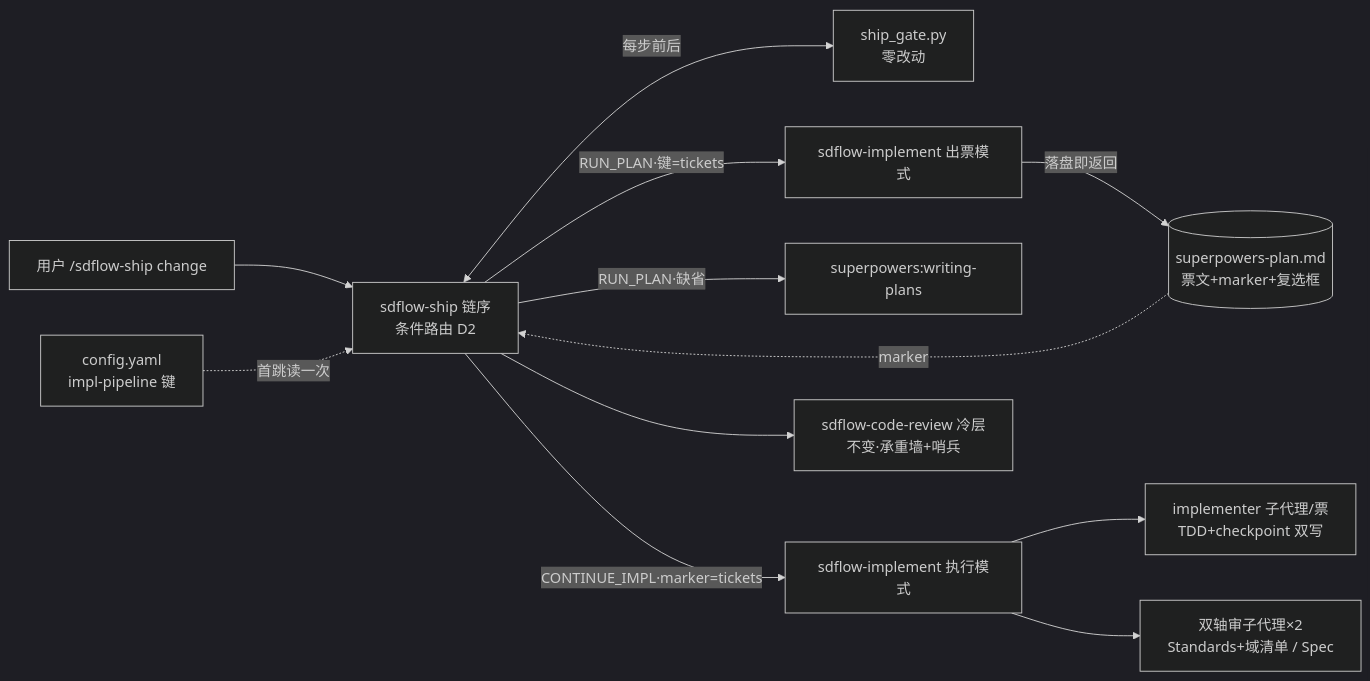
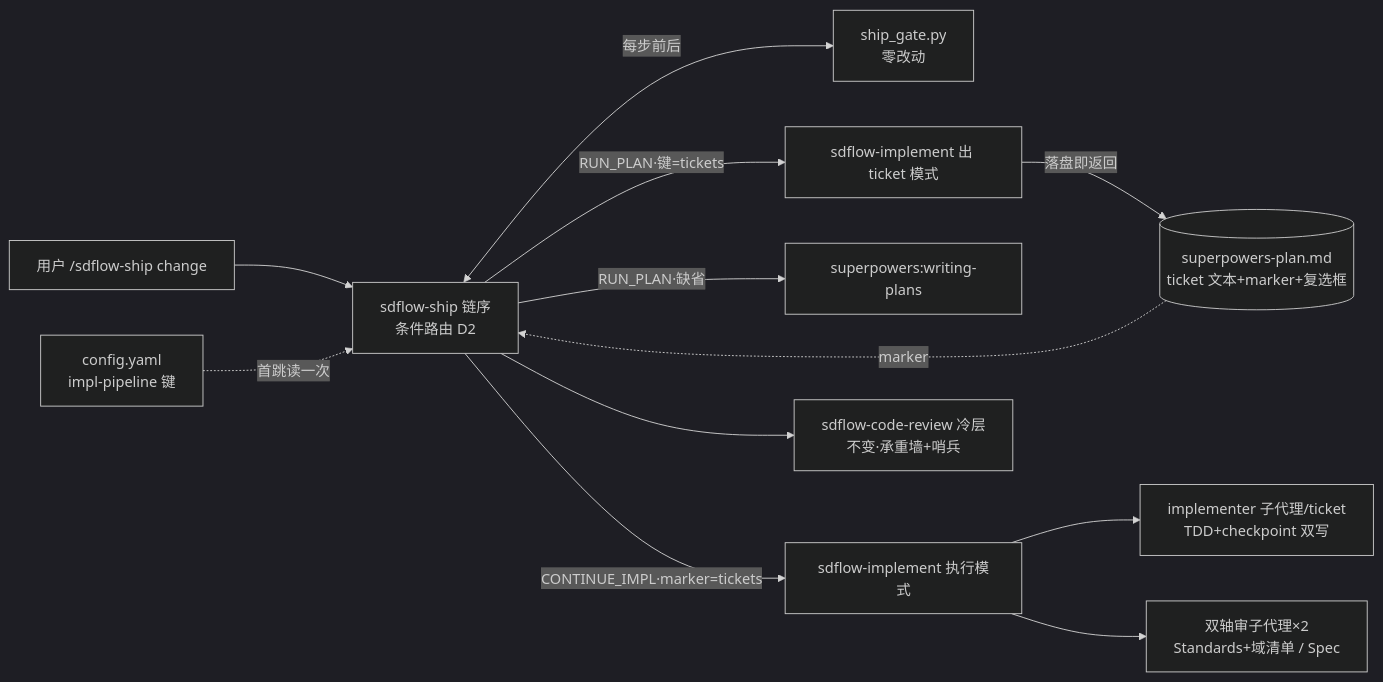
Before and after one commit to laodao-ai/sdflow-skills: the first of 2 diagrams in openspec/changes/matt-workflow-integration/design.md, drawn with Mermaid (dark theme). The commit also changed other lines of this file and 6 other files, not shown here.

Commit message:
checkpoint(grill): matt-workflow-integration grill 收敛：4 问拍板 + 3 处事实修正 + 术语 ticket 定格 + adr/0017

````diff
--- a/openspec/changes/matt-workflow-integration/design.md
+++ b/openspec/changes/matt-workflow-integration/design.md
@@ -76,14 +80,14 @@
 ```mermaid
 graph LR
     U[用户 /sdflow-ship change] --> SHIP[sdflow-ship 链序<br/>条件路由 D2]
     SHIP <-->|每步前后| GATE[ship_gate.py<br/>零改动]
     CFG[config.yaml<br/>impl-pipeline 键] -.首跳读一次.-> SHIP
-    SHIP -->|RUN_PLAN·键=tickets| TK[sdflow-implement 出票模式]
+    SHIP -->|RUN_PLAN·键=tickets| TK[sdflow-implement 出 ticket 模式]
     SHIP -->|RUN_PLAN·缺省| WP[superpowers:writing-plans]
-    TK -->|落盘即返回| PLAN[(superpowers-plan.md<br/>票文+marker+复选框)]
+    TK -->|落盘即返回| PLAN[(superpowers-plan.md<br/>ticket 文本+marker+复选框)]
     PLAN -.marker.-> SHIP
     SHIP -->|CONTINUE_IMPL·marker=tickets| EX[sdflow-implement 执行模式]
-    EX --> IMP[implementer 子代理/票<br/>TDD+checkpoint 双写]
+    EX --> IMP[implementer 子代理/ticket<br/>TDD+checkpoint 双写]
     EX --> RV[双轴审子代理×2<br/>Standards+域清单 / Spec]
     SHIP --> CR[sdflow-code-review 冷层<br/>不变·承重墙+哨兵]
 ```
````
